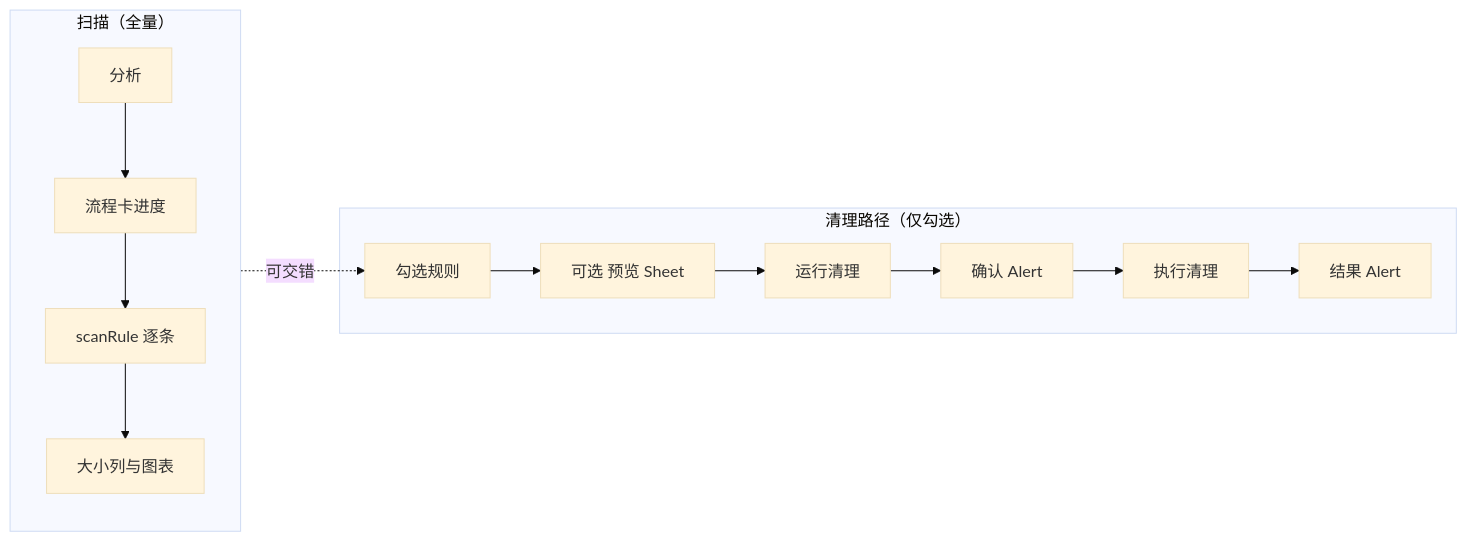
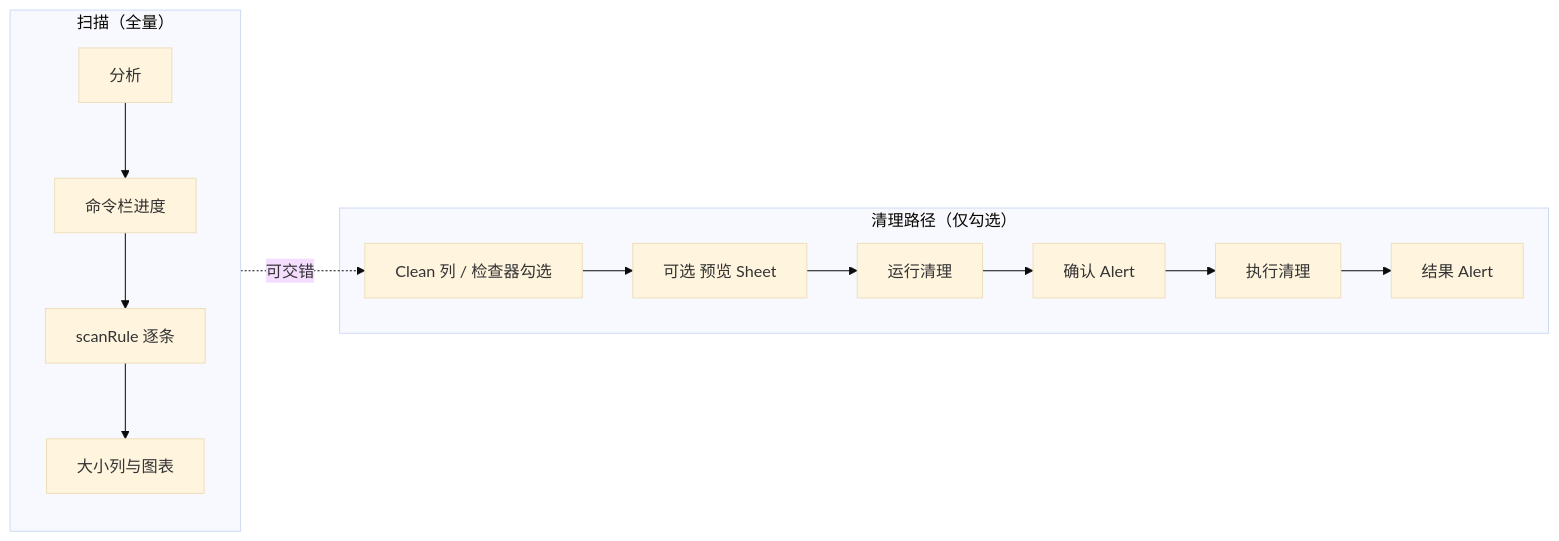
Before and after one commit to luban-ws/jiuying-cleaning: the second of 2 diagrams in .spec/rfc/completed/010-rules-workspace-ui-hig-and-collaboration.md, drawn with Mermaid (base theme). The commit also changed other lines of this file and 8 other files, not shown here.

````diff
--- a/.spec/rfc/completed/010-rules-workspace-ui-hig-and-collaboration.md
+++ b/.spec/rfc/completed/010-rules-workspace-ui-hig-and-collaboration.md
@@ -229,16 +253,16 @@
 ```mermaid
 flowchart LR
   subgraph Scan["扫描（全量）"]
-    A1[分析] --> A2[流程卡进度]
+    A1[分析] --> A2[命令栏进度]
     A2 --> A3[scanRule 逐条]
     A3 --> A4[大小列与图表]
   end
   subgraph Clean["清理路径（仅勾选）"]
-    B1[勾选规则] --> B2[可选 预览 Sheet]
+    B1[Clean 列 / 检查器勾选] --> B2[可选 预览 Sheet]
     B2 --> B3[运行清理]
     B3 --> B4[确认 Alert]
     B4 --> B5[执行清理]
     B5 --> B6[结果 Alert]
   end
   Scan -.->|可交错| B1
 ```
````
